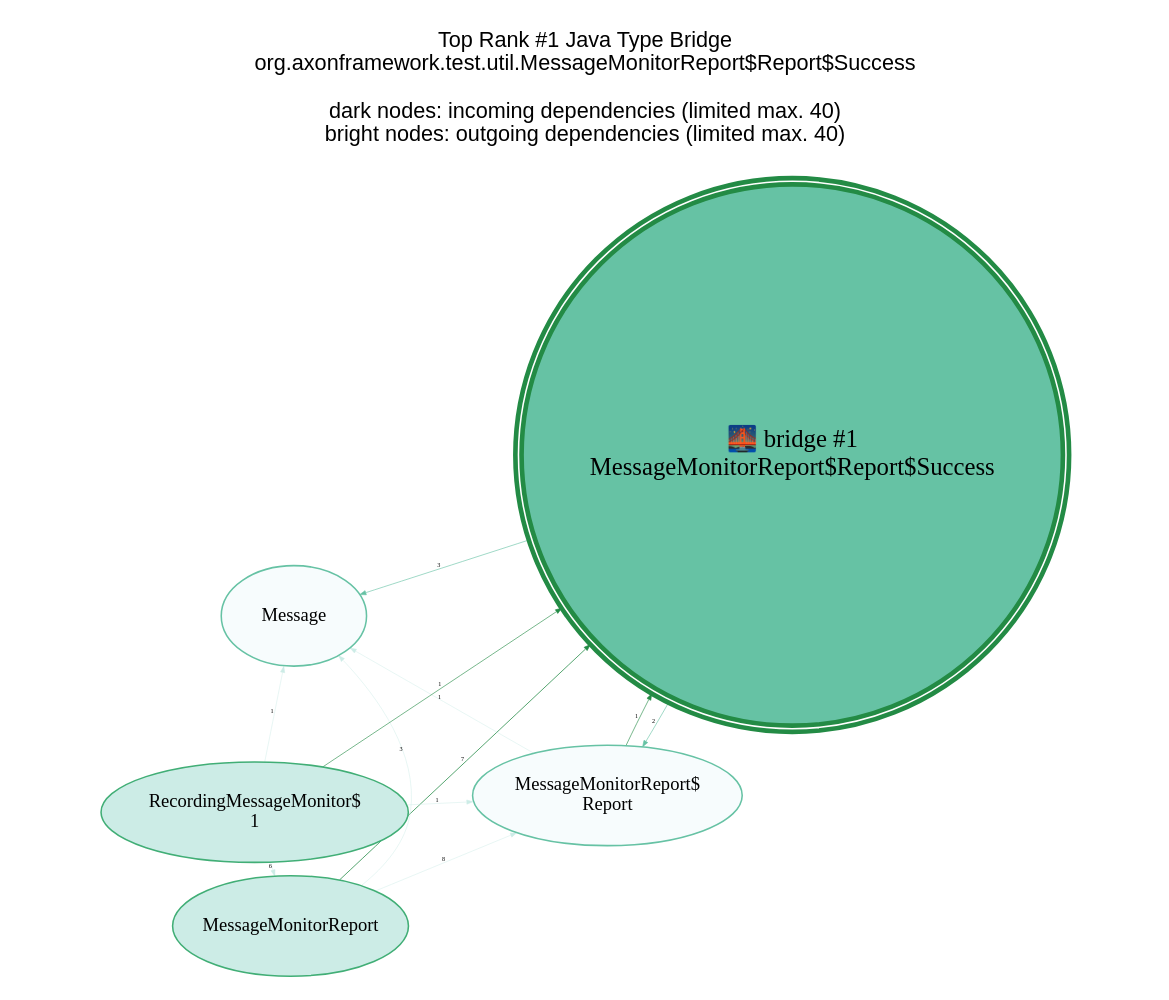
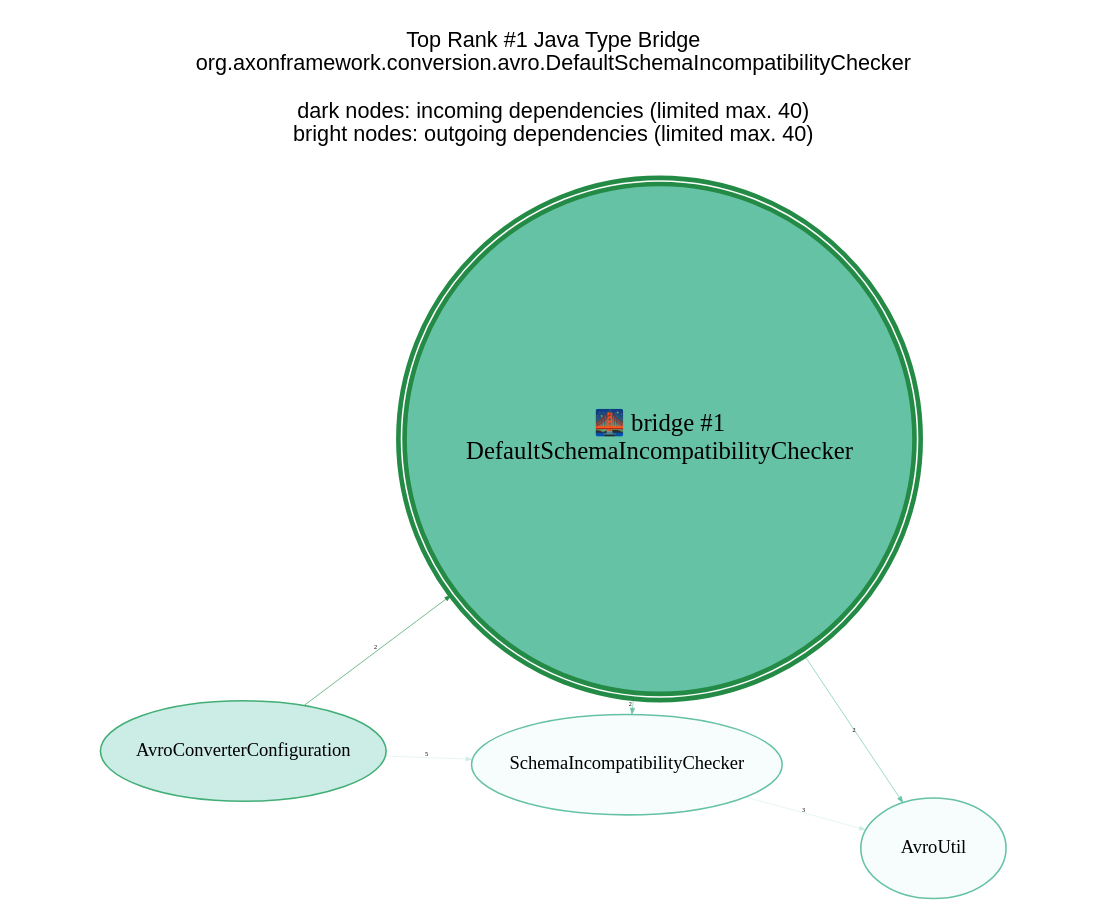
One commit to JohT/code-graph-analysis-examples changed the diagram in analysis-results/AxonFramework/latest/anomaly-detection/Java_Type/GraphVisualizations/graphviz/TopBridge1.gv. Above: the diagram before and after it, drawn with Graphviz. The commit also changed 389 other files, not shown here.

```diff
--- a/analysis-results/AxonFramework/latest/anomaly-detection/Java_Type/GraphVisualizations/graphviz/TopBridge1.gv
+++ b/analysis-results/AxonFramework/latest/anomaly-detection/Java_Type/GraphVisualizations/graphviz/TopBridge1.gv
@@ -1,28 +1,22 @@
 // This GraphViz dot file was generated by the script convertQueryResultCsvToGraphVizDotFile.sh with TopCentral.template
 
 strict digraph TopBridge1 {
     graph [layout = "fdp"; start = "7"; splines = "spline"; pad = "0.8,0.1"; outputorder = "edgesfirst";];
     graph [fontname = "Helvetica,Arial,sans-serif"; labelloc = "t";];
     node [colorscheme = "bugn9"; color = 6; fillcolor = 3;];
     edge [colorscheme = "bugn9"; color = 7;];
     node [fontsize = 12; style = "filled"; margin = "0.03,0.03"; width="1.3"; height="0.9";];
     edge [fontsize = 4; arrowsize = "0.4";];
 
     central [shape = "doublecircle"; height = "2.0"; margin = "0.000001,0.000001";];
     central [fontsize = 16;];
     central [color = 7; fillcolor = 5; penwidth = 3;];
 
-	graph   [label="Top Rank #1 Java Type Bridge\norg.axonframework.test.util.MessageMonitorReport$Report$Success\n\ndark nodes: incoming dependencies (limited max. 40)\nbright nodes: outgoing dependencies (limited max. 40)\n\n"];
-	central [label="🌉 bridge #1\nMessageMonitorReport$Report$Success"];
-	"MessageMonitorReport_2076" [label = "MessageMonitorReport"; ]; "MessageMonitorReport_2076" -> central [label=7; weight=7; penwidth=0.5];
-	"MessageMonitorReport$Report_2070" [label = "MessageMonitorReport$\nReport"; ]; "MessageMonitorReport$Report_2070" -> central [label=1; weight=1; penwidth=0.4];
-	"RecordingMessageMonitor$1_2078" [label = "RecordingMessageMonitor$\n1"; ]; "RecordingMessageMonitor$1_2078" -> central [label=1; weight=1; penwidth=0.4];
-	"Message_15738" [label = "Message"; color = 5; fillcolor = 1; ]; central -> "Message_15738" [label=3; weight=3; penwidth=0.4; color = 5];
-	"MessageMonitorReport$Report_2070" [label = "MessageMonitorReport$\nReport"; color = 5; fillcolor = 1; ]; central -> "MessageMonitorReport$Report_2070" [label=2; weight=2; penwidth=0.4; color = 5];
-	"MessageMonitorReport_2076" -> "MessageMonitorReport$Report_2070" [label=8; weight=8; penwidth=0.3; color = 3]
-	"RecordingMessageMonitor$1_2078" -> "MessageMonitorReport_2076" [label=6; weight=6; penwidth=0.3; color = 3]
-	"MessageMonitorReport_2076" -> "Message_15738" [label=3; weight=3; penwidth=0.3; color = 3]
-	"MessageMonitorReport$Report_2070" -> "Message_15738" [label=1; weight=1; penwidth=0.3; color = 3]
-	"RecordingMessageMonitor$1_2078" -> "Message_15738" [label=1; weight=1; penwidth=0.3; color = 3]
-	"RecordingMessageMonitor$1_2078" -> "MessageMonitorReport$Report_2070" [label=1; weight=1; penwidth=0.3; color = 3]
+	graph   [label="Top Rank #1 Java Type Bridge\norg.axonframework.conversion.avro.DefaultSchemaIncompatibilityChecker\n\ndark nodes: incoming dependencies (limited max. 40)\nbright nodes: outgoing dependencies (limited max. 40)\n\n"];
+	central [label="🌉 bridge #1\nDefaultSchemaIncompatibilityChecker"];
+	"AvroConverterConfiguration_15275" [label = "AvroConverterConfiguration"; ]; "AvroConverterConfiguration_15275" -> central [label=2; weight=2; penwidth=0.4];
+	"AvroUtil_15263" [label = "AvroUtil"; color = 5; fillcolor = 1; ]; central -> "AvroUtil_15263" [label=2; weight=2; penwidth=0.4; color = 5];
+	"SchemaIncompatibilityChecker_14111" [label = "SchemaIncompatibilityChecker"; color = 5; fillcolor = 1; ]; central -> "SchemaIncompatibilityChecker_14111" [label=2; weight=2; penwidth=0.4; color = 5];
+	"AvroConverterConfiguration_15275" -> "SchemaIncompatibilityChecker_14111" [label=5; weight=5; penwidth=0.3; color = 3]
+	"SchemaIncompatibilityChecker_14111" -> "AvroUtil_15263" [label=3; weight=3; penwidth=0.3; color = 3]
 }
```
